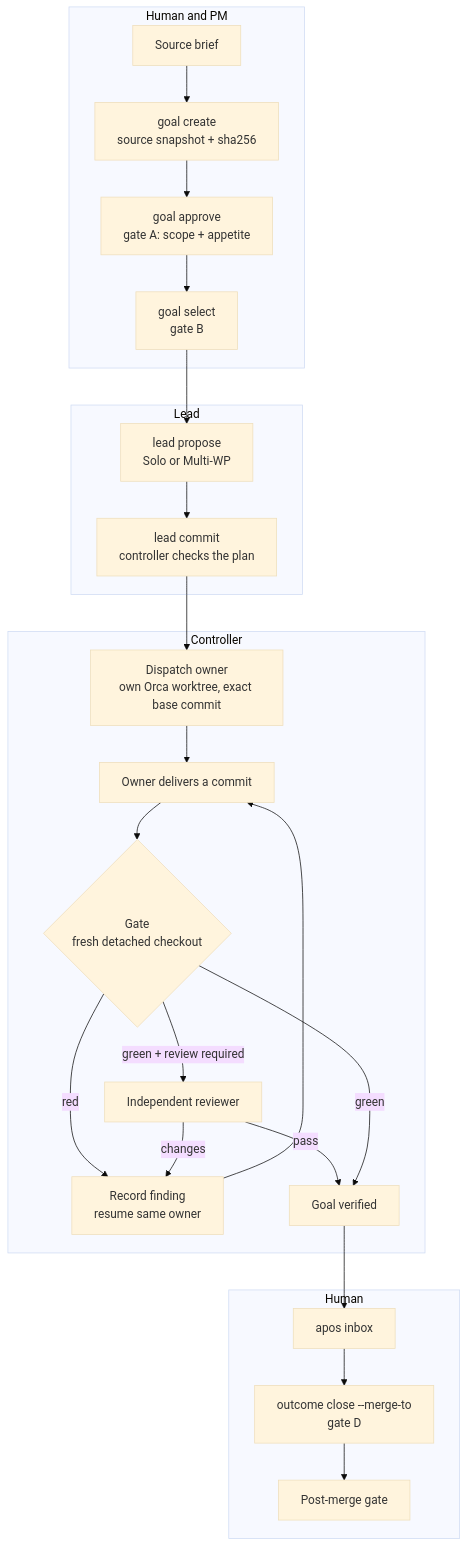
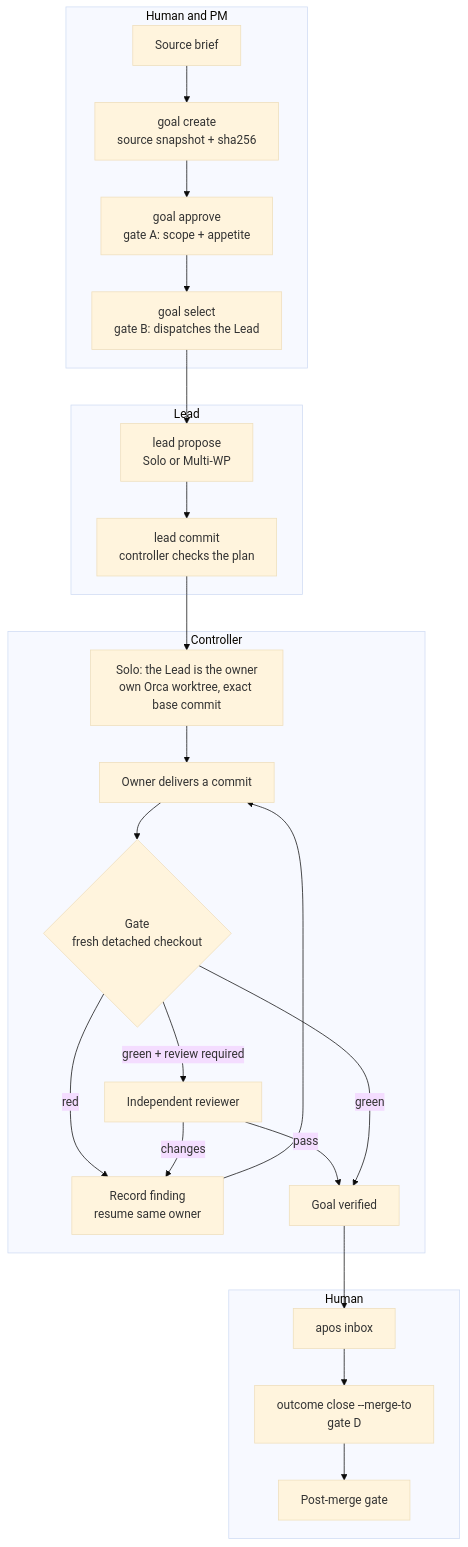
The diagram in README.md (Kaiser1308/APOS), drawn with Mermaid (base theme) before and after one commit. The commit also changed other lines of this file and 24 other files, not shown here.

````diff
--- a/README.md
+++ b/README.md
@@ -71,28 +71,28 @@
 ```mermaid
 flowchart TD
     subgraph Human1["Human and PM"]
         A[Source brief] --> B[goal create<br/>source snapshot + sha256]
         B --> C[goal approve<br/>gate A: scope + appetite]
-        C --> D[goal select<br/>gate B]
+        C --> D[goal select<br/>gate B: dispatches the Lead]
     end
     subgraph Lead["Lead"]
         D --> E[lead propose<br/>Solo or Multi-WP]
         E --> F[lead commit<br/>controller checks the plan]
     end
     subgraph Ctl["Controller"]
-        F --> G[Dispatch owner<br/>own Orca worktree, exact base commit]
+        F --> G[Solo: the Lead is the owner<br/>own Orca worktree, exact base commit]
         G --> H[Owner delivers a commit]
         H --> I{Gate<br/>fresh detached checkout}
         I -- red --> K[Record finding<br/>resume same owner]
         K --> H
         I -- green + review required --> L[Independent reviewer]
         L -- changes --> K
         L -- pass --> M[Goal verified]
         I -- green --> M
     end
     subgraph Human2["Human"]
         M --> N[apos inbox]
         N --> O[outcome close --merge-to<br/>gate D]
         O --> P[Post-merge gate]
     end
 ```
````
